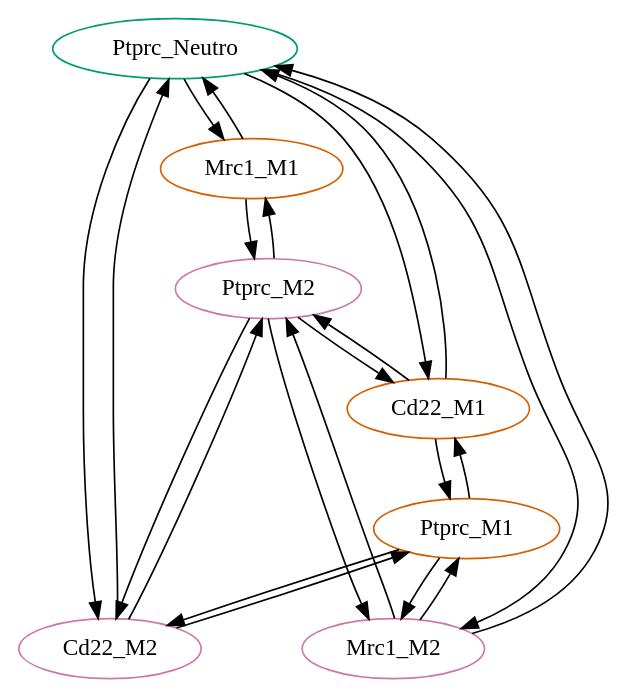
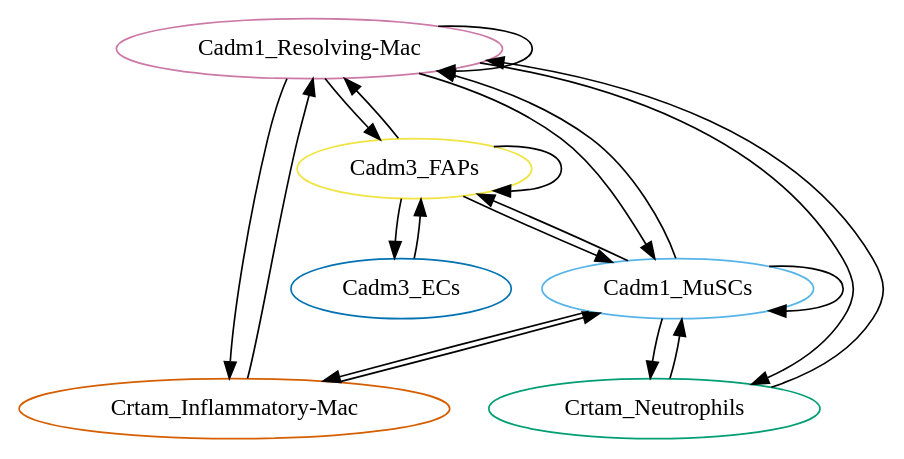
Before and after one commit to LeGrand-Lab/BulkAnalysis_plusNetwork: the diagram in networks_explore/propertiesYoung/dir_compo_D2_b.dot, drawn with Graphviz. The commit also changed 25444 other files, not shown here.

```diff
--- a/networks_explore/propertiesYoung/dir_compo_D2_b.dot
+++ b/networks_explore/propertiesYoung/dir_compo_D2_b.dot
@@ -1,103 +1,89 @@
-strict digraph "" {
-	Ptprc_Neutro	[averagexp=0.4487843260954031,
-		celltype=Neutro,
+digraph "" {
+	"Cadm1_Resolving-Mac"	[celltype="Resolving-Mac",
+		color="#CC79A7",
+		genesym=Cadm1,
+		nodetype=receiver,
+		specificity=0.386889418809123];
+	"Cadm1_Resolving-Mac" -> "Cadm1_Resolving-Mac"	[ecolor="#CC79A7",
+		origtype="Cadm1_Resolving-Mac",
+		weight=0.149683422386461];
+	Cadm3_FAPs	[celltype=FAPs,
+		color="#F0E442",
+		genesym=Cadm3,
+		nodetype=receiver,
+		specificity=0.6229182693423464];
+	"Cadm1_Resolving-Mac" -> Cadm3_FAPs	[ecolor="#CC79A7",
+		origtype="Cadm1_Resolving-Mac",
+		weight=0.2410004871914451];
+	Cadm1_MuSCs	[celltype=MuSCs,
+		color="#56B4E9",
+		genesym=Cadm1,
+		nodetype=receiver,
+		specificity=0.3916503602216272];
+	"Cadm1_Resolving-Mac" -> Cadm1_MuSCs	[ecolor="#CC79A7",
+		origtype="Cadm1_Resolving-Mac",
+		weight=0.151525380242529];
+	"Crtam_Inflammatory-Mac"	[celltype="Inflammatory-Mac",
+		color="#D55E00",
+		genesym=Crtam,
+		nodetype=sender,
+		specificity=0.2822368751677807];
+	"Cadm1_Resolving-Mac" -> "Crtam_Inflammatory-Mac"	[ecolor="#CC79A7",
+		origtype="Cadm1_Resolving-Mac",
+		weight=0.1091944606001657];
+	Crtam_Neutrophils	[celltype=Neutrophils,
 		color="#009E73",
-		genesym=Ptprc,
-		nodetype=receiver];
-	Mrc1_M1	[averagexp=0.3391578112862415,
-		celltype=M1,
-		color="#D55E00",
-		genesym=Mrc1,
-		nodetype=sender];
-	Ptprc_Neutro -> Mrc1_M1	[ecolor="#009E73",
-		origtype=Ptprc_Neutro,
-		weight=0.1522087097780878];
-	Cd22_M2	[averagexp=0.5015080223550378,
-		celltype=M2,
-		color="#CC79A7",
-		genesym=Cd22,
-		nodetype=sender];
-	Ptprc_Neutro -> Cd22_M2	[ecolor="#009E73",
-		origtype=Ptprc_Neutro,
-		weight=0.22506893984404397];
-	Mrc1_M2	[averagexp=0.4414898137371655,
-		celltype=M2,
-		color="#CC79A7",
-		genesym=Mrc1,
-		nodetype=sender];
-	Ptprc_Neutro -> Mrc1_M2	[ecolor="#009E73",
-		origtype=Ptprc_Neutro,
-		weight=0.1981337085360189];
-	Cd22_M1	[averagexp=0.4629603708903243,
-		celltype=M1,
-		color="#D55E00",
-		genesym=Cd22,
-		nodetype=sender];
-	Ptprc_Neutro -> Cd22_M1	[ecolor="#009E73",
-		origtype=Ptprc_Neutro,
-		weight=0.2077693580588921];
-	Mrc1_M1 -> Ptprc_Neutro	[ecolor="#D55E00",
-		origtype=Mrc1_M1,
-		weight=0.1522087097780878];
-	Ptprc_M2	[averagexp=0.3083251953520915,
-		celltype=M2,
-		color="#CC79A7",
-		genesym=Ptprc,
-		nodetype=receiver];
-	Mrc1_M1 -> Ptprc_M2	[ecolor="#D55E00",
-		origtype=Mrc1_M1,
-		weight=0.1045708984200182];
-	Cd22_M2 -> Ptprc_Neutro	[ecolor="#CC79A7",
-		origtype=Cd22_M2,
-		weight=0.22506893984404397];
-	Cd22_M2 -> Ptprc_M2	[ecolor="#CC79A7",
-		origtype=Cd22_M2,
-		weight=0.1546275589632581];
-	Ptprc_M1	[averagexp=0.2426669593764425,
-		celltype=M1,
-		color="#D55E00",
-		genesym=Ptprc,
-		nodetype=receiver];
-	Cd22_M2 -> Ptprc_M1	[ecolor="#CC79A7",
-		origtype=Cd22_M2,
-		weight=0.12169942688779001];
-	Mrc1_M2 -> Ptprc_Neutro	[ecolor="#CC79A7",
-		origtype=Mrc1_M2,
-		weight=0.1981337085360189];
-	Mrc1_M2 -> Ptprc_M2	[ecolor="#CC79A7",
-		origtype=Mrc1_M2,
-		weight=0.13612243306647];
-	Mrc1_M2 -> Ptprc_M1	[ecolor="#CC79A7",
-		origtype=Mrc1_M2,
-		weight=0.1071349906952699];
-	Cd22_M1 -> Ptprc_Neutro	[ecolor="#D55E00",
-		origtype=Cd22_M1,
-		weight=0.2077693580588921];
-	Cd22_M1 -> Ptprc_M2	[ecolor="#D55E00",
-		origtype=Cd22_M1,
-		weight=0.142742346795036];
-	Cd22_M1 -> Ptprc_M1	[ecolor="#D55E00",
-		origtype=Cd22_M1,
-		weight=0.1123451855157451];
-	Ptprc_M2 -> Mrc1_M1	[ecolor="#CC79A7",
-		origtype=Ptprc_M2,
-		weight=0.1045708984200182];
-	Ptprc_M2 -> Cd22_M2	[ecolor="#CC79A7",
-		origtype=Ptprc_M2,
-		weight=0.1546275589632581];
-	Ptprc_M2 -> Mrc1_M2	[ecolor="#CC79A7",
-		origtype=Ptprc_M2,
-		weight=0.13612243306647];
-	Ptprc_M2 -> Cd22_M1	[ecolor="#CC79A7",
-		origtype=Ptprc_M2,
-		weight=0.142742346795036];
-	Ptprc_M1 -> Cd22_M2	[ecolor="#D55E00",
-		origtype=Ptprc_M1,
-		weight=0.12169942688779001];
-	Ptprc_M1 -> Mrc1_M2	[ecolor="#D55E00",
-		origtype=Ptprc_M1,
-		weight=0.1071349906952699];
-	Ptprc_M1 -> Cd22_M1	[ecolor="#D55E00",
-		origtype=Ptprc_M1,
-		weight=0.1123451855157451];
+		genesym=Crtam,
+		nodetype=sender,
+		specificity=0.4891666632647158];
+	"Cadm1_Resolving-Mac" -> Crtam_Neutrophils	[ecolor="#CC79A7",
+		origtype="Cadm1_Resolving-Mac",
+		weight=0.1892534060512839];
+	Cadm3_FAPs -> "Cadm1_Resolving-Mac"	[ecolor="#F0E442",
+		origtype=Cadm3_FAPs,
+		weight=0.2410004871914451];
+	Cadm3_FAPs -> Cadm3_FAPs	[ecolor="#F0E442",
+		origtype=Cadm3_FAPs,
+		weight=0.388027170280464];
+	Cadm3_FAPs -> Cadm1_MuSCs	[ecolor="#F0E442",
+		origtype=Cadm3_FAPs,
+		weight=0.2439661645765626];
+	Cadm3_ECs	[celltype=ECs,
+		color="#0072B2",
+		genesym=Cadm3,
+		nodetype=receiver,
+		specificity=0.2244360559441497];
+	Cadm3_FAPs -> Cadm3_ECs	[ecolor="#F0E442",
+		origtype=Cadm3_FAPs,
+		weight=0.1398053195467517];
+	Cadm1_MuSCs -> "Cadm1_Resolving-Mac"	[ecolor="#56B4E9",
+		origtype=Cadm1_MuSCs,
+		weight=0.151525380242529];
+	Cadm1_MuSCs -> Cadm3_FAPs	[ecolor="#56B4E9",
+		origtype=Cadm1_MuSCs,
+		weight=0.2439661645765626];
+	Cadm1_MuSCs -> Cadm1_MuSCs	[ecolor="#56B4E9",
+		origtype=Cadm1_MuSCs,
+		weight=0.1533900046617303];
+	Cadm1_MuSCs -> "Crtam_Inflammatory-Mac"	[ecolor="#56B4E9",
+		origtype=Cadm1_MuSCs,
+		weight=0.1105381738272877];
+	Cadm1_MuSCs -> Crtam_Neutrophils	[ecolor="#56B4E9",
+		origtype=Cadm1_MuSCs,
+		weight=0.1915822998760374];
+	"Crtam_Inflammatory-Mac" -> "Cadm1_Resolving-Mac"	[ecolor="#D55E00",
+		origtype="Crtam_Inflammatory-Mac",
+		weight=0.1091944606001657];
+	"Crtam_Inflammatory-Mac" -> Cadm1_MuSCs	[ecolor="#D55E00",
+		origtype="Crtam_Inflammatory-Mac",
+		weight=0.1105381738272877];
+	Cadm3_ECs -> Cadm3_FAPs	[ecolor="#0072B2",
+		origtype=Cadm3_ECs,
+		weight=0.1398053195467517];
+	Crtam_Neutrophils -> "Cadm1_Resolving-Mac"	[ecolor="#009E73",
+		origtype=Crtam_Neutrophils,
+		weight=0.1892534060512839];
+	Crtam_Neutrophils -> Cadm1_MuSCs	[ecolor="#009E73",
+		origtype=Crtam_Neutrophils,
+		weight=0.1915822998760374];
 }
```
